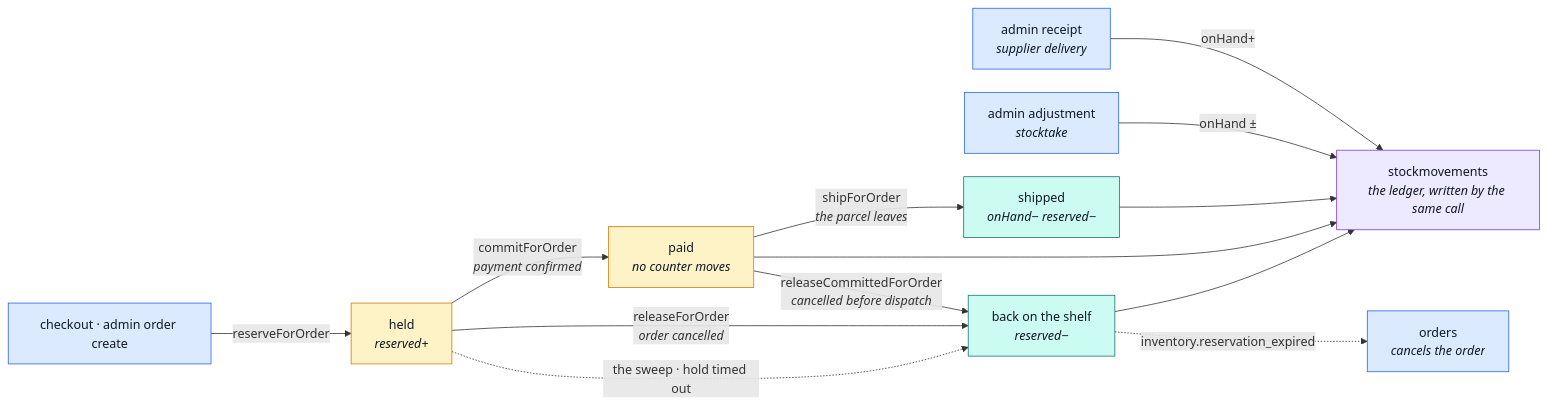
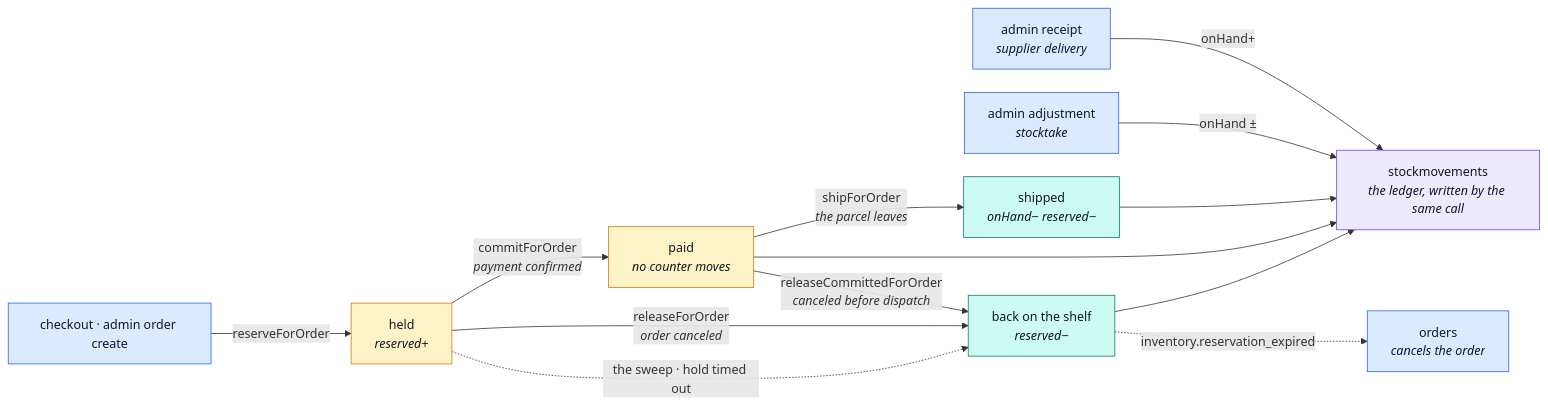
The second of 2 diagrams in docs/modules/inventory.md (Guebbit/boilerplate-node-backend), drawn with Mermaid before and after one commit. The commit also changed 301 other files, not shown here.

````diff
--- a/docs/modules/inventory.md
+++ b/docs/modules/inventory.md
@@ -148,25 +148,25 @@
 ```mermaid
 %%{init: {'flowchart': {'nodeSpacing': 30, 'rankSpacing': 55}}}%%
 flowchart LR
     CO["checkout · admin order create"] -->|reserveForOrder| H["held<br/><i>reserved+</i>"]
     H -->|"commitForOrder<br/><i>payment confirmed</i>"| P["paid<br/><i>no counter moves</i>"]
     P -->|"shipForOrder<br/><i>the parcel leaves</i>"| S["shipped<br/><i>onHand− reserved−</i>"]
-    P -->|"releaseCommittedForOrder<br/><i>cancelled before dispatch</i>"| B
-    H -->|"releaseForOrder<br/><i>order cancelled</i>"| B["back on the shelf<br/><i>reserved−</i>"]
+    P -->|"releaseCommittedForOrder<br/><i>canceled before dispatch</i>"| B
+    H -->|"releaseForOrder<br/><i>order canceled</i>"| B["back on the shelf<br/><i>reserved−</i>"]
     H -. "the sweep · hold timed out" .-> B
     B -. "inventory.reservation_expired" .-> OR["orders<br/><i>cancels the order</i>"]
     RC["admin receipt<br/><i>supplier delivery</i>"] -->|onHand+| L
     AD["admin adjustment<br/><i>stocktake</i>"] -->|"onHand ±"| L["stockmovements<br/><i>the ledger, written by the same call</i>"]
     S --> L
     P --> L
     B --> L
 
     classDef hold fill:#fef3c7,stroke:#d97706,color:#111827;
     classDef done fill:#ccfbf1,stroke:#0f766e,color:#111827;
     classDef entry fill:#dbeafe,stroke:#2563eb,color:#111827;
     classDef ledger fill:#ede9fe,stroke:#7c3aed,color:#111827;
     class H,P hold;
     class S,B done;
     class CO,RC,AD,OR entry;
     class L ledger;
 ```
````
